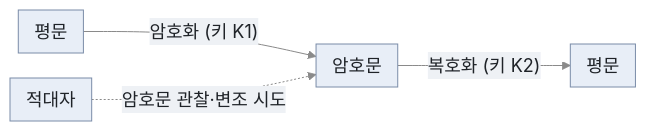
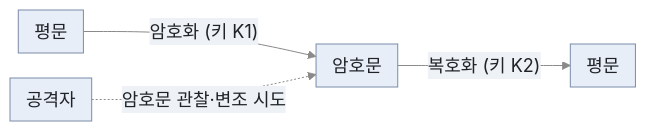
The first of 2 diagrams in security-fundamentals/cryptography/cryptography-overview.md (secututor/security-knowledge-base), drawn with Mermaid before and after one commit. The commit also changed other lines of this file and 6 other files, not shown here.

Commit message:
docs: 적대자→공격자 통일, 통용 영어 용어 복원 (Nonce, PFS, textbook RSA 등)

````diff
--- a/security-fundamentals/cryptography/cryptography-overview.md
+++ b/security-fundamentals/cryptography/cryptography-overview.md
@@ -32,7 +32,7 @@
 ```mermaid
 %%{init: {"theme": "base", "themeVariables": {"fontSize": "18px", "primaryColor": "#e8eef7", "primaryTextColor": "#1f2328", "primaryBorderColor": "#7a8ca8", "secondaryColor": "#eef1f5", "tertiaryColor": "#f5f7fa", "lineColor": "#8a8a8a", "edgeLabelBackground": "#eef1f5", "clusterBkg": "#f5f7fa", "clusterBorder": "#7a8ca8", "actorBkg": "#e8eef7", "actorBorder": "#7a8ca8", "actorTextColor": "#1f2328", "actorLineColor": "#8a8a8a", "signalColor": "#8a8a8a", "signalTextColor": "#8a8a8a", "noteBkgColor": "#fff8dc", "noteTextColor": "#1f2328", "noteBorderColor": "#c9b458"}, "flowchart": {"nodeSpacing": 25, "rankSpacing": 60, "padding": 8}, "sequence": {"width": 110, "height": 40, "boxMargin": 6, "noteMargin": 6, "actorMargin": 40}}}%%
 flowchart LR
     P["평문"] -->|"암호화 (키 K1)"| C["암호문"]
     C -->|"복호화 (키 K2)"| P2["평문"]
-    ADV["적대자"] -.->|"암호문 관찰·변조 시도"| C
+    ADV["공격자"] -.->|"암호문 관찰·변조 시도"| C
 ```
````
